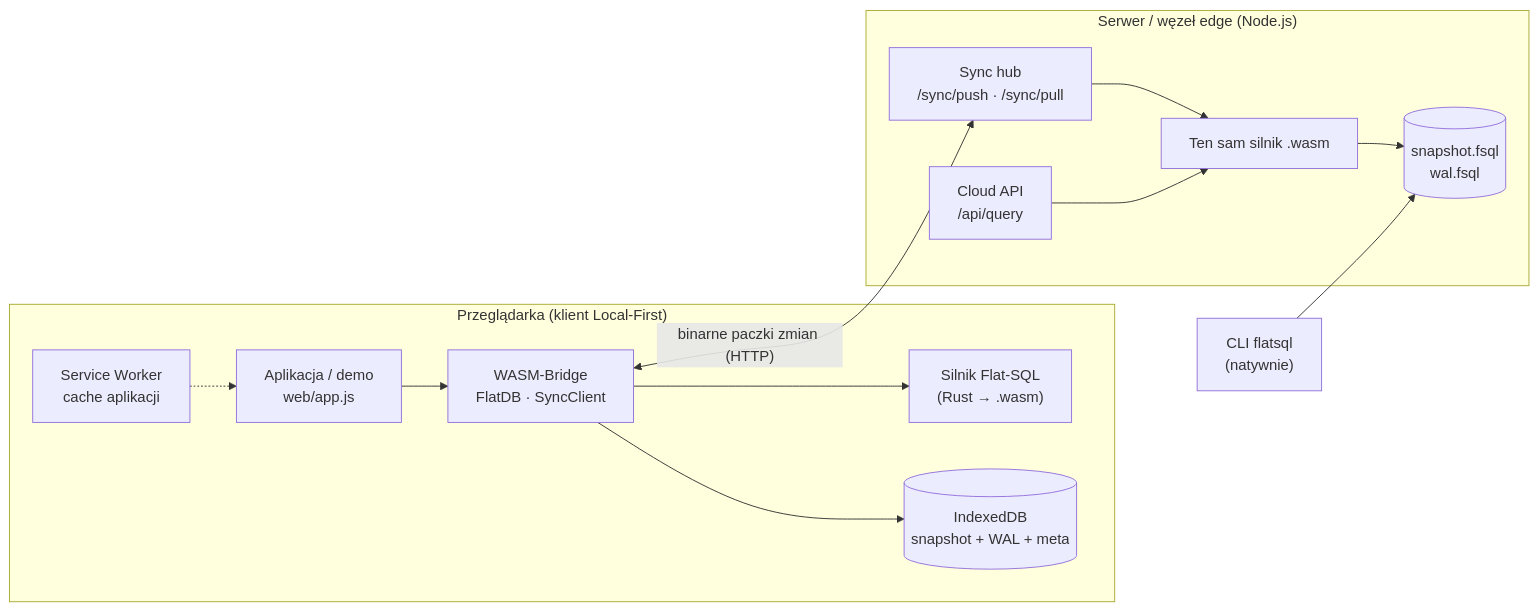
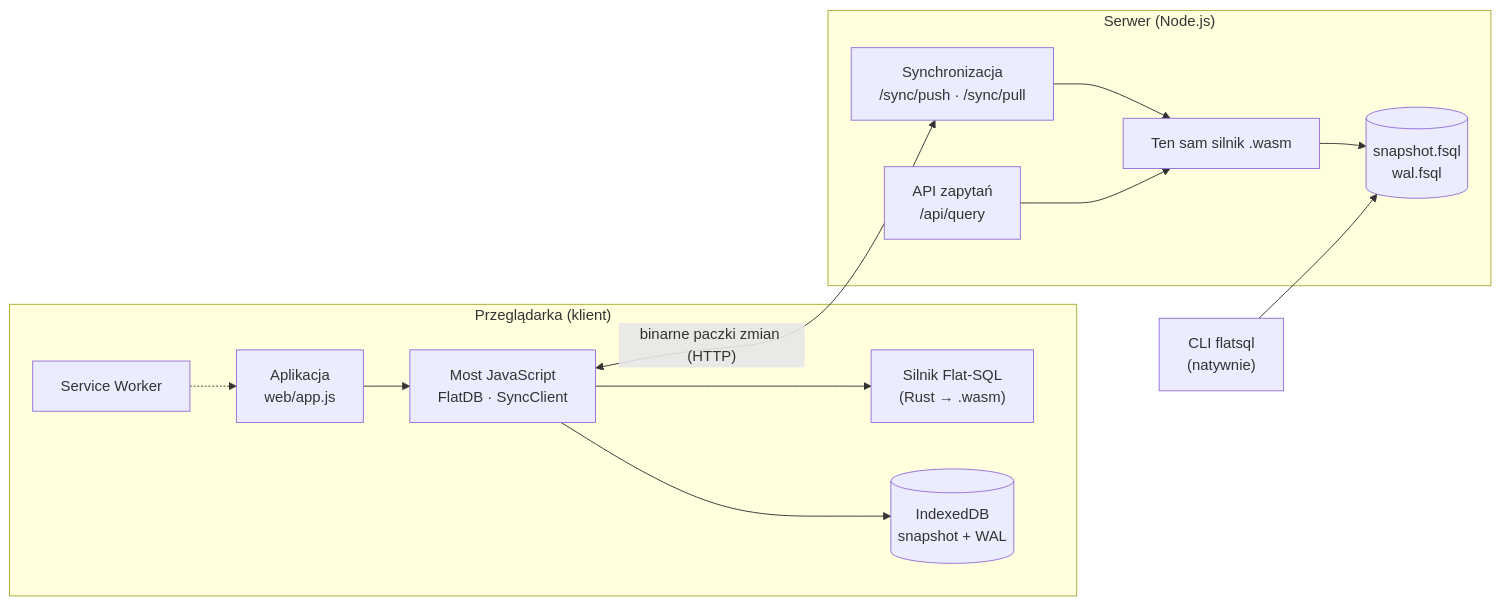
The first of 4 diagrams in README.md (best-team-8/dbms-rust-wasm), drawn with Mermaid before and after one commit. The commit also changed other lines of this file and 63 other files, not shown here.

````diff
--- a/README.md
+++ b/README.md
@@ -181,16 +49,16 @@
 ```mermaid
 flowchart LR
-  subgraph Browser["Przeglądarka (klient Local-First)"]
-    UI["Aplikacja / demo<br/>web/app.js"] --> Bridge["WASM-Bridge<br/>FlatDB · SyncClient"]
+  subgraph Browser["Przeglądarka (klient)"]
+    UI["Aplikacja<br/>web/app.js"] --> Bridge["Most JavaScript<br/>FlatDB · SyncClient"]
     Bridge --> Engine["Silnik Flat-SQL<br/>(Rust → .wasm)"]
-    Bridge --> IDB[("IndexedDB<br/>snapshot + WAL + meta")]
-    SW["Service Worker<br/>cache aplikacji"] -.-> UI
+    Bridge --> IDB[("IndexedDB<br/>snapshot + WAL")]
+    SW["Service Worker"] -.-> UI
   end
-  subgraph Edge["Serwer / węzeł edge (Node.js)"]
-    Hub["Sync hub<br/>/sync/push · /sync/pull"] --> Engine2["Ten sam silnik .wasm"]
-    Api["Cloud API<br/>/api/query"] --> Engine2
+  subgraph Server["Serwer (Node.js)"]
+    Hub["Synchronizacja<br/>/sync/push · /sync/pull"] --> Engine2["Ten sam silnik .wasm"]
+    Api["API zapytań<br/>/api/query"] --> Engine2
     Engine2 --> Files[("snapshot.fsql<br/>wal.fsql")]
   end
   CLI["CLI flatsql<br/>(natywnie)"] --> Files
   Bridge <-- "binarne paczki zmian (HTTP)" --> Hub
 ```
````
